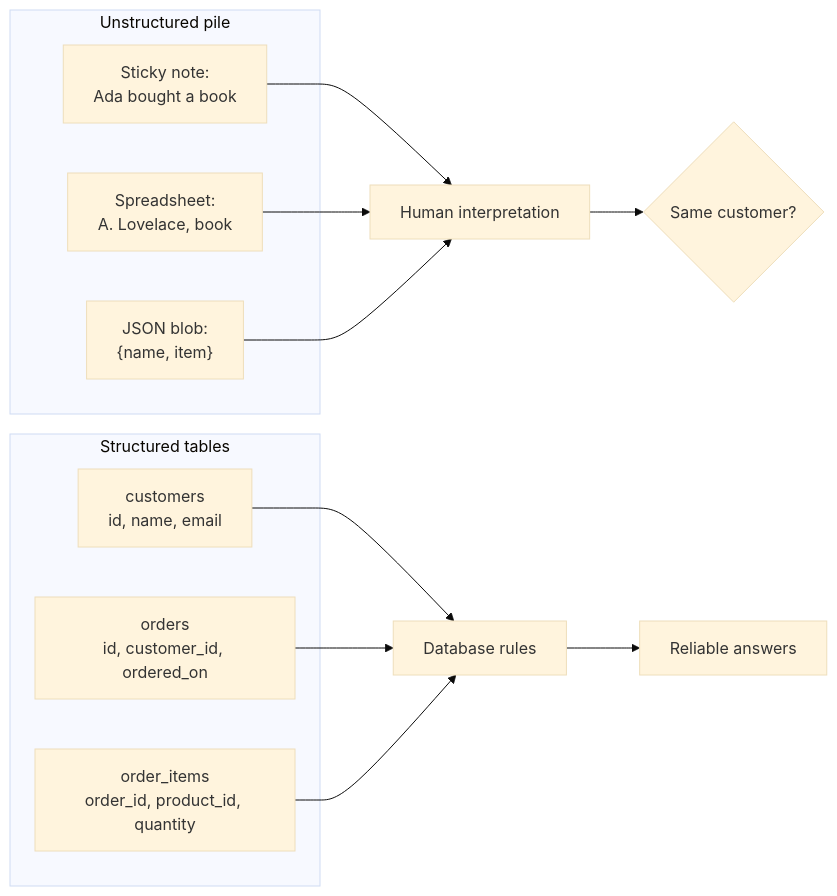
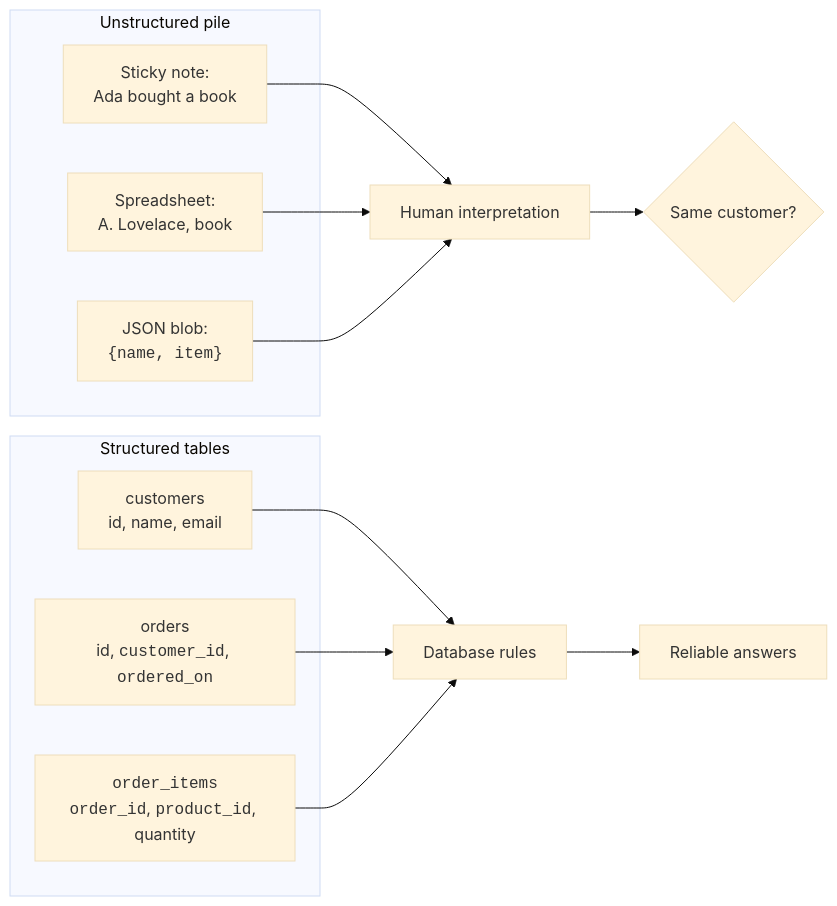
Before and after one commit to dataslope/dataslope: the first of 3 diagrams in content/learn/database-design-postgresql/why-structured-data.mdx, drawn with Mermaid (base theme). The commit also changed 218 other files, not shown here.

First line of the commit message:
Render code-only mermaid shapes in monospace; convert step sequences to Steps (#467)

````diff
--- a/content/learn/database-design-postgresql/why-structured-data.mdx
+++ b/content/learn/database-design-postgresql/why-structured-data.mdx
@@ -31,24 +31,24 @@
 ```mermaid
 flowchart LR
     subgraph messy["Unstructured pile"]
         A["Sticky note:<br/>Ada bought a book"]
         B["Spreadsheet:<br/>A. Lovelace, book"]
-        C["JSON blob:<br/>{name, item}"]
+        C["JSON blob:<br/><code>{name, item}</code>"]
     end
 
     subgraph clean["Structured tables"]
         D["customers<br/>id, name, email"]
-        E["orders<br/>id, customer_id, ordered_on"]
-        F["order_items<br/>order_id, product_id, quantity"]
+        E["orders<br/>id, <code>customer_id</code>, <code>ordered_on</code>"]
+        F["<code>order_items</code><br/><code>order_id</code>, <code>product_id</code>, quantity"]
     end
 
     A --> G["Human interpretation"]
     B --> G
     C --> G
     G --> H{"Same customer?"}
 
     D --> I["Database rules"]
     E --> I
     F --> I
     I --> J["Reliable answers"]
 ```
````
